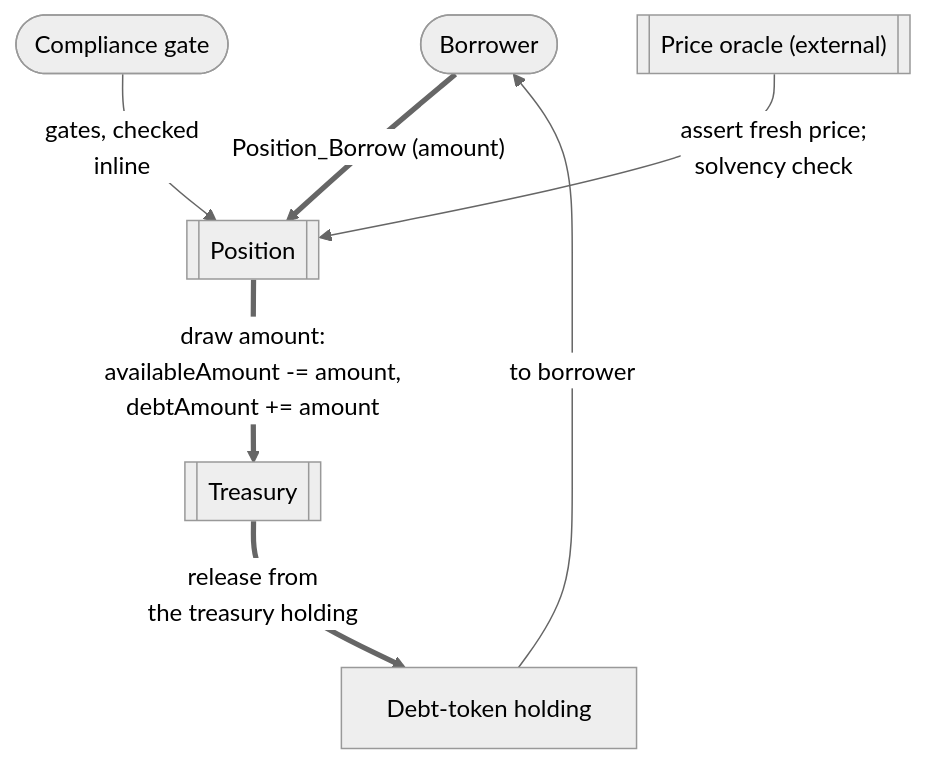
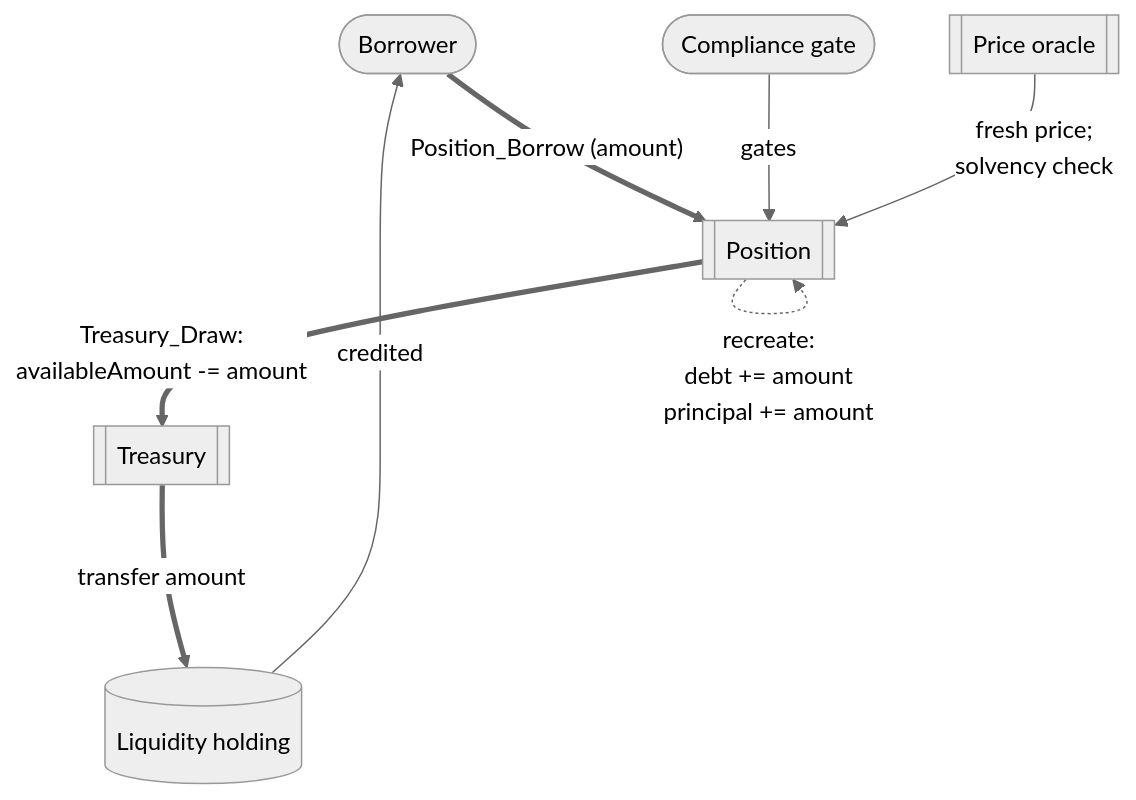
One commit to OpenZeppelin/canton-specs changed the third of 7 diagrams in docs/reference-architectures/lending.md. Above: the diagram before and after it, drawn with Mermaid (neutral theme). The commit also changed other lines of this file, not shown here.

````diff
--- a/docs/reference-architectures/lending.md
+++ b/docs/reference-architectures/lending.md
@@ -358,16 +281,17 @@
 ```mermaid
 flowchart TD
     Borrower([Borrower])
     Compliance(["Compliance gate"])
-    Oracle[["Price oracle (external)"]]
+    Oracle[["Price oracle"]]
     Position[["Position"]]
     Treasury[["Treasury"]]
-    Coin["Debt-token holding"]
+    Liquidity[("Liquidity holding")]
 
     Borrower ==>|"Position_Borrow (amount)"| Position
-    Compliance -->|"gates, checked<br/>inline"| Position
-    Oracle -->|"assert fresh price;<br/>solvency check"| Position
-    Position ==>|"draw amount:<br/>availableAmount -= amount,<br/>debtAmount += amount"| Treasury
-    Treasury ==>|"release from<br/>the treasury holding"| Coin
-    Coin -->|"to borrower"| Borrower
+    Compliance -->|"gates"| Position
+    Oracle -->|"fresh price;<br/>solvency check"| Position
+    Position ==>|"Treasury_Draw:<br/>availableAmount -= amount"| Treasury
+    Treasury ==>|"transfer amount"| Liquidity
+    Liquidity -->|"credited"| Borrower
+    Position -.->|"recreate:<br/>debt += amount<br/>principal += amount"| Position
 ```
````
